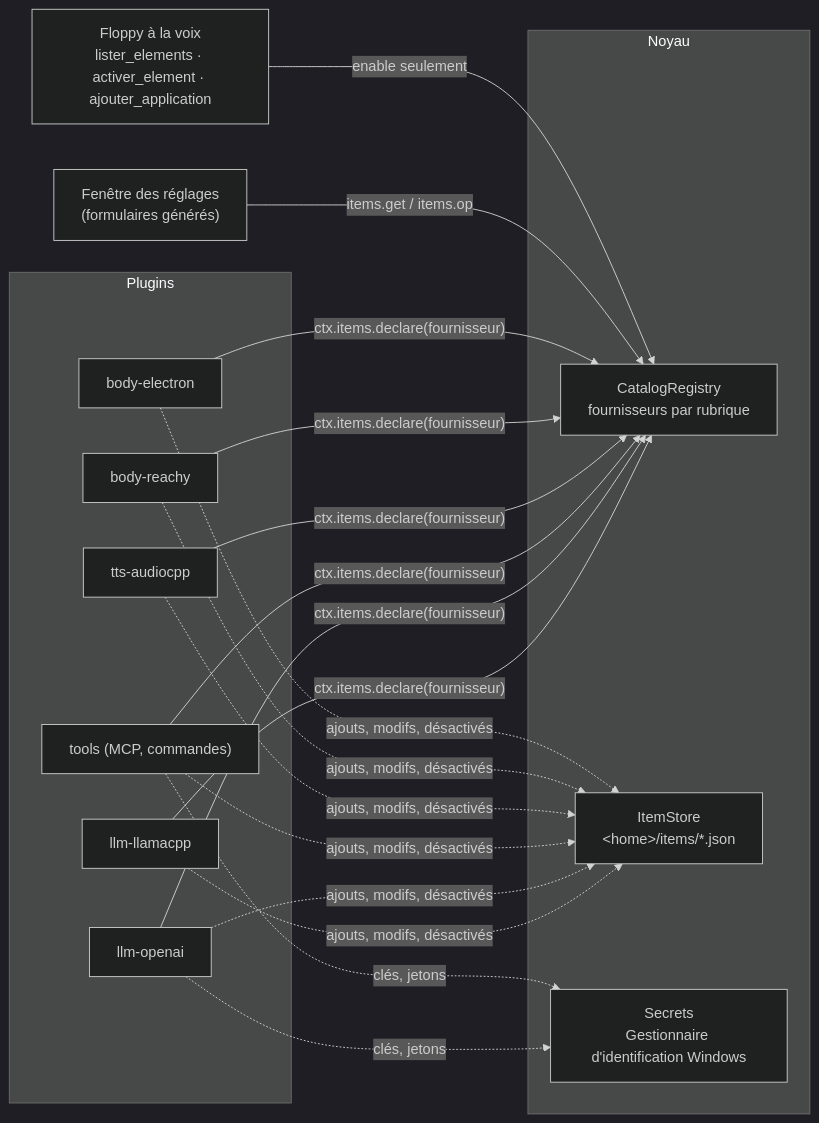
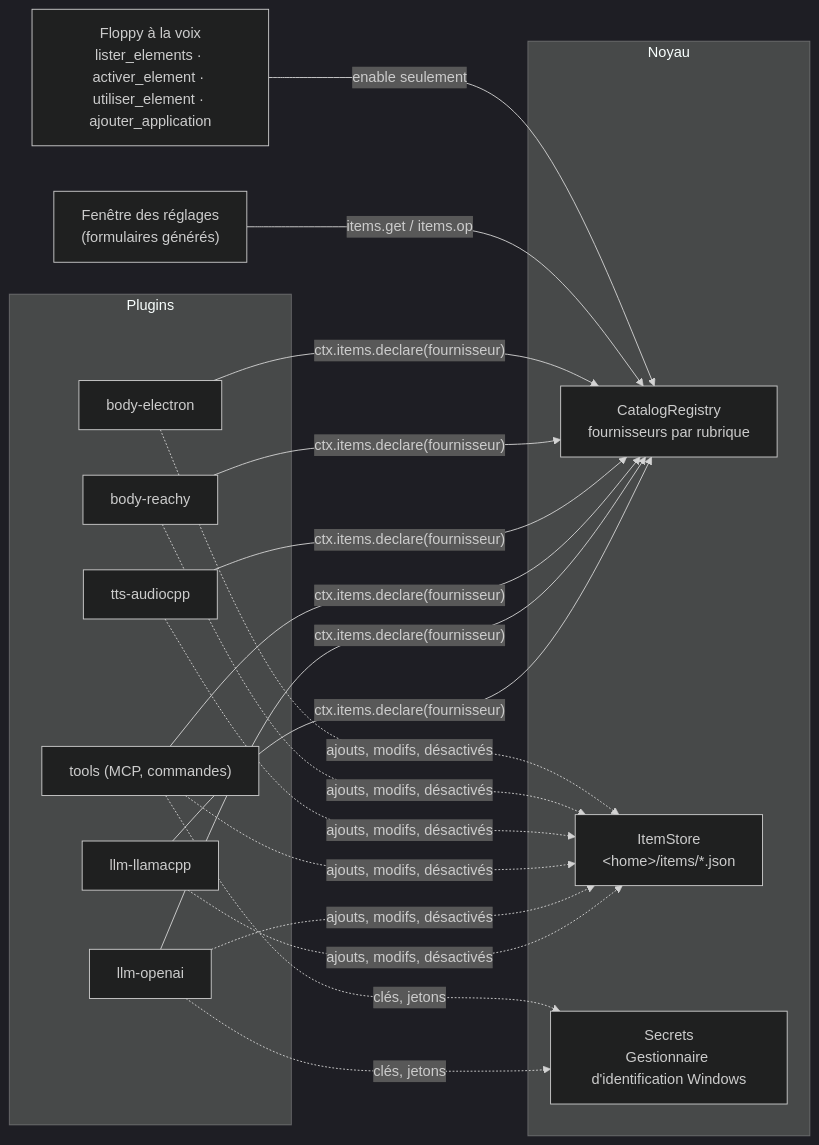
The second of 5 diagrams in docs/spec/elements.md (gleborgne/floppy), drawn with Mermaid (dark theme) before and after one commit. The commit also changed other lines of this file and 5 other files, not shown here.

First line of the commit message:
Outil utiliser_element : changer d'avatar à la voix

````diff
--- a/docs/spec/elements.md
+++ b/docs/spec/elements.md
@@ -56,23 +56,23 @@
 ```mermaid
 flowchart LR
   subgraph P["Plugins"]
     L["llm-llamacpp"]
     O["llm-openai"]
     T["tools (MCP, commandes)"]
     V["tts-audiocpp"]
     R["body-reachy"]
     E["body-electron"]
   end
   subgraph K["Noyau"]
     C["CatalogRegistry<br/>fournisseurs par rubrique"]
     S["ItemStore<br/>&lt;home&gt;/items/*.json"]
     X["Secrets<br/>Gestionnaire d'identification Windows"]
   end
   W["Fenêtre des réglages<br/>(formulaires générés)"]
-  F["Floppy à la voix<br/>lister_elements · activer_element · ajouter_application"]
+  F["Floppy à la voix<br/>lister_elements · activer_element · utiliser_element · ajouter_application"]
   L & O & T & V & R & E -- "ctx.items.declare(fournisseur)" --> C
   L & O & T & V & R & E -. "ajouts, modifs, désactivés" .-> S
   O & T -. "clés, jetons" .-> X
   W -- "items.get / items.op" --> C
   F -- "enable seulement" --> C
 ```
````
